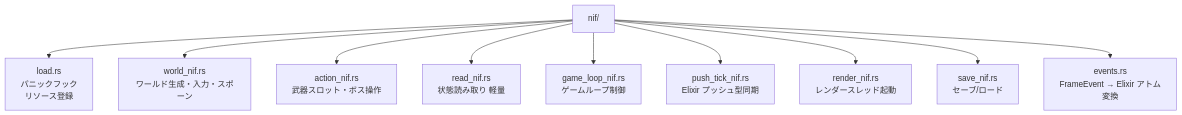
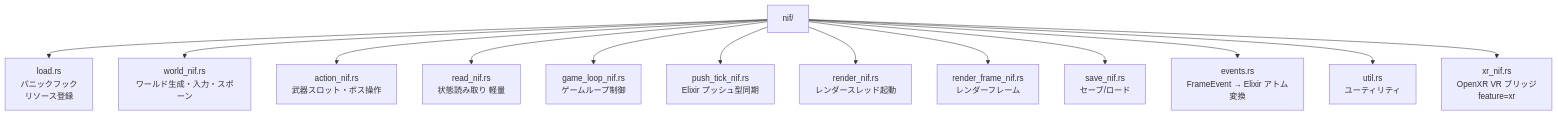
The second of 3 diagrams in docs/architecture/rust/nif.md (FRICK-ELDY/alchemy-engine), drawn with Mermaid before and after one commit. The commit also changed other lines of this file and 6 other files, not shown here.

Commit message:
update architecture

````diff
--- a/docs/architecture/rust/nif.md
+++ b/docs/architecture/rust/nif.md
@@ -43,23 +43,29 @@
 ```mermaid
 graph TD
     NIF[nif/]
     LOAD[load.rs<br/>パニックフック<br/>リソース登録]
     WORLD[world_nif.rs<br/>ワールド生成・入力・スポーン]
     ACTION[action_nif.rs<br/>武器スロット・ボス操作]
     READ[read_nif.rs<br/>状態読み取り 軽量]
     LOOP[game_loop_nif.rs<br/>ゲームループ制御]
     PUSH[push_tick_nif.rs<br/>Elixir プッシュ型同期]
     RENDER[render_nif.rs<br/>レンダースレッド起動]
+    RFRAME[render_frame_nif.rs<br/>レンダーフレーム]
     SAVE[save_nif.rs<br/>セーブ/ロード]
     EVENTS[events.rs<br/>FrameEvent → Elixir アトム変換]
+    UTIL[util.rs<br/>ユーティリティ]
+    XR[xr_nif.rs<br/>OpenXR VR ブリッジ<br/>feature=xr]
 
     NIF --> LOAD
     NIF --> WORLD
     NIF --> ACTION
     NIF --> READ
     NIF --> LOOP
     NIF --> PUSH
     NIF --> RENDER
+    NIF --> RFRAME
     NIF --> SAVE
     NIF --> EVENTS
+    NIF --> UTIL
+    NIF --> XR
 ```
````
